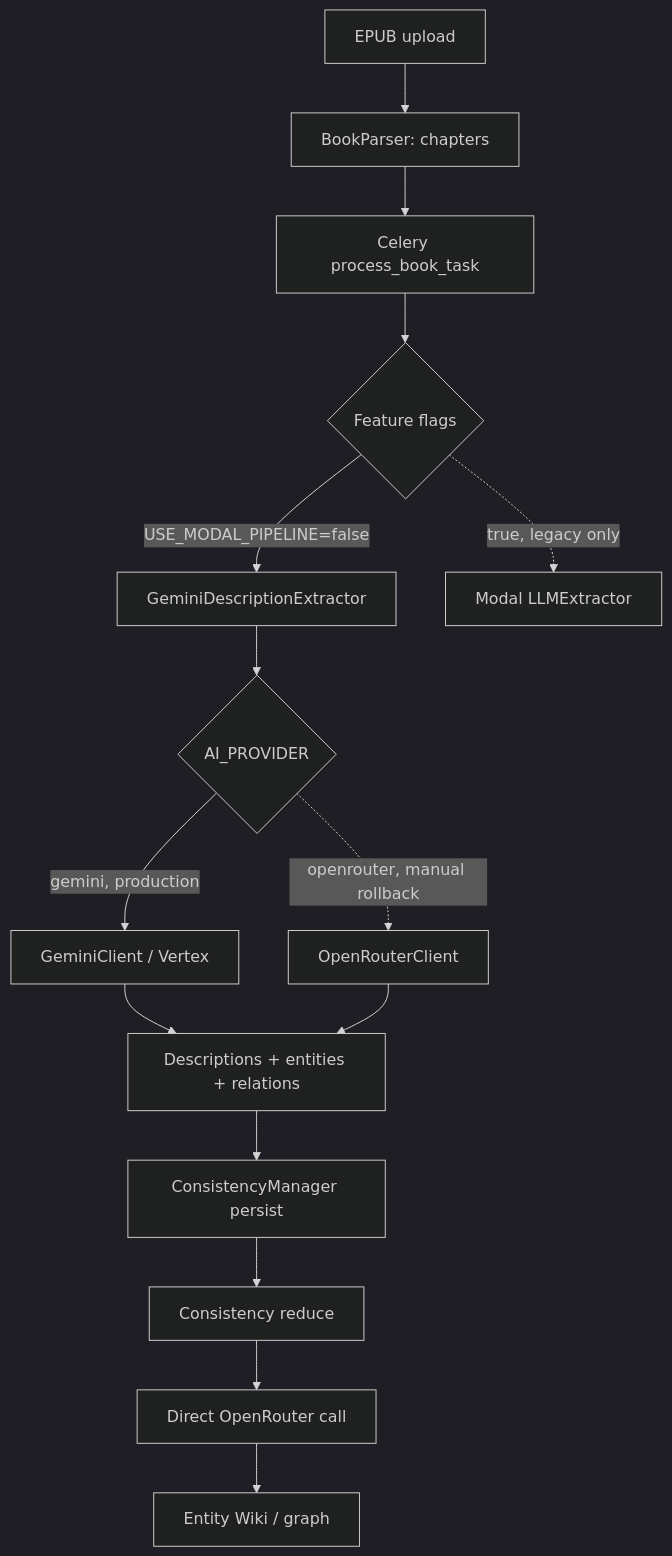
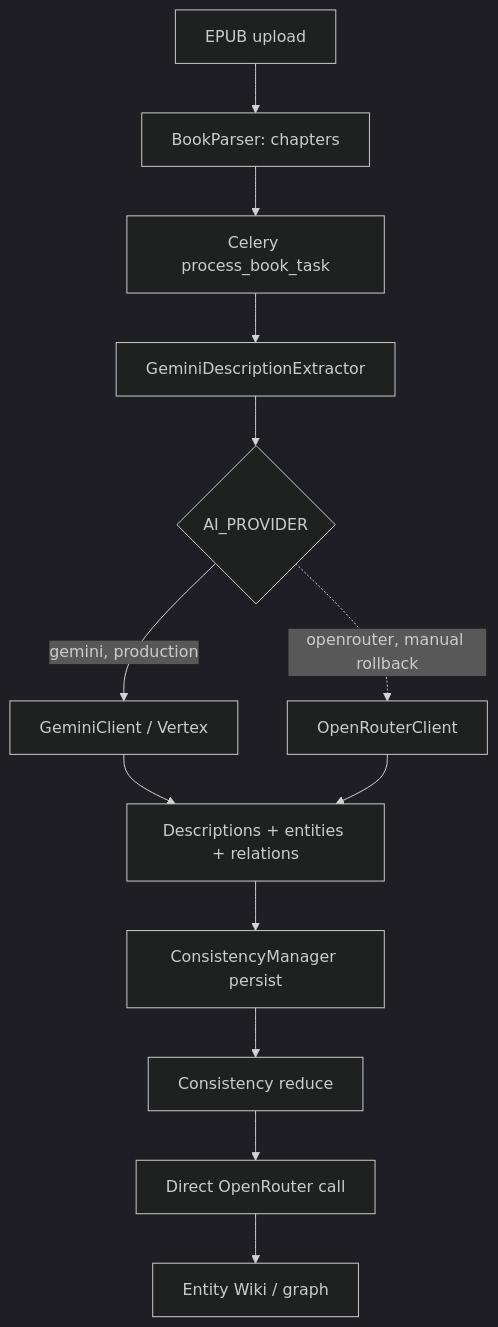
Before and after one commit to sandk0/fancai: the first of 2 diagrams in docs/architecture/ai-pipeline.md, drawn with Mermaid (dark theme). The commit also changed other lines of this file and 1 other file, not shown here.

First line of the commit message:
docs: align AI pipeline doc and changelog with Modal removal

````diff
--- a/docs/architecture/ai-pipeline.md
+++ b/docs/architecture/ai-pipeline.md
@@ -74,17 +70,15 @@
 ```mermaid
 flowchart TD
     Upload[EPUB upload] --> Parse[BookParser: chapters]
     Parse --> Task[Celery process_book_task]
-    Task --> Flags{Feature flags}
-    Flags -->|USE_MODAL_PIPELINE=false| Extractor[GeminiDescriptionExtractor]
-    Flags -.->|true, legacy only| Modal[Modal LLMExtractor]
+    Task --> Extractor[GeminiDescriptionExtractor]
     Extractor --> Factory{AI_PROVIDER}
     Factory -->|gemini, production| Gemini[GeminiClient / Vertex]
     Factory -.->|openrouter, manual rollback| OR[OpenRouterClient]
     Gemini --> ChapterResult[Descriptions + entities + relations]
     OR --> ChapterResult
     ChapterResult --> Persist[ConsistencyManager persist]
     Persist --> Reduce[Consistency reduce]
     Reduce --> ORDirect[Direct OpenRouter call]
     ORDirect --> EntityWiki[Entity Wiki / graph]
 ```
````
